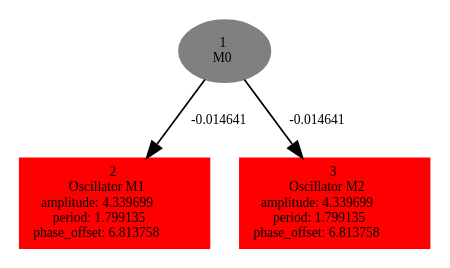
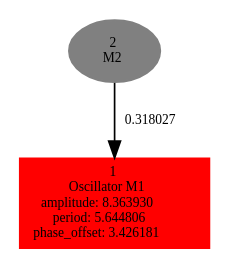
One commit to karinemiras/l-system changed the diagram in experiments/locomotion1/offspringpop9/tempbrain.dot. Above: the diagram before and after it, drawn with Graphviz. The commit also changed 390 other files, not shown here.

```diff
--- a/experiments/locomotion1/offspringpop9/tempbrain.dot
+++ b/experiments/locomotion1/offspringpop9/tempbrain.dot
@@ -1,7 +1,5 @@
  digraph g{ forcelabels=true;
-1[label=<1<BR/>M0>,color="grey",style=filled,fontsize=8];
-2 [label=<2<BR />Oscillator M1<BR /> amplitude: 4.339699<BR /> period: 1.799135<BR /> phase_offset: 6.813758>, shape=box,color=red,style=filled,fontsize=8];
-3 [label=<3<BR />Oscillator M2<BR /> amplitude: 4.339699<BR /> period: 1.799135<BR /> phase_offset: 6.813758>, shape=box,color=red,style=filled,fontsize=8];
-1 -> 2[label="-0.014641 ",fontsize="8"];
-1 -> 3[label="-0.014641 ",fontsize="8"];
+1 [label=<1<BR />Oscillator M1<BR /> amplitude: 8.363930<BR /> period: 5.644806<BR /> phase_offset: 3.426181>, shape=box,color=red,style=filled,fontsize=8];
+2[label=<2<BR/>M2>,color="grey",style=filled,fontsize=8];
+2 -> 1[label="0.318027 ",fontsize="8"];
  }
```
